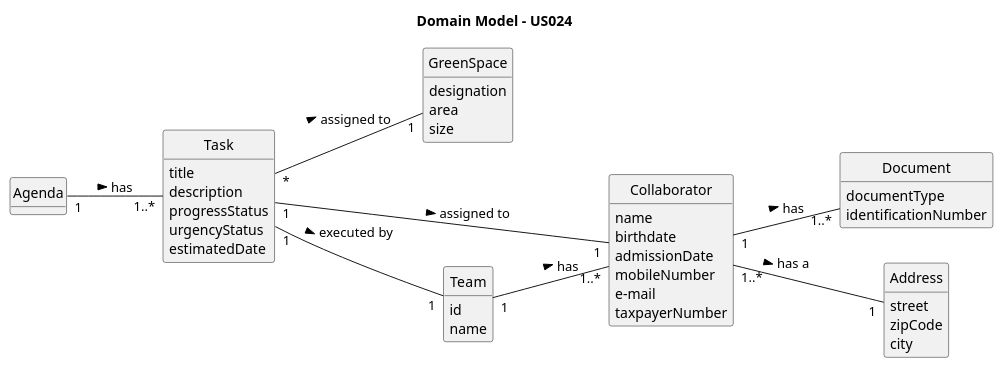
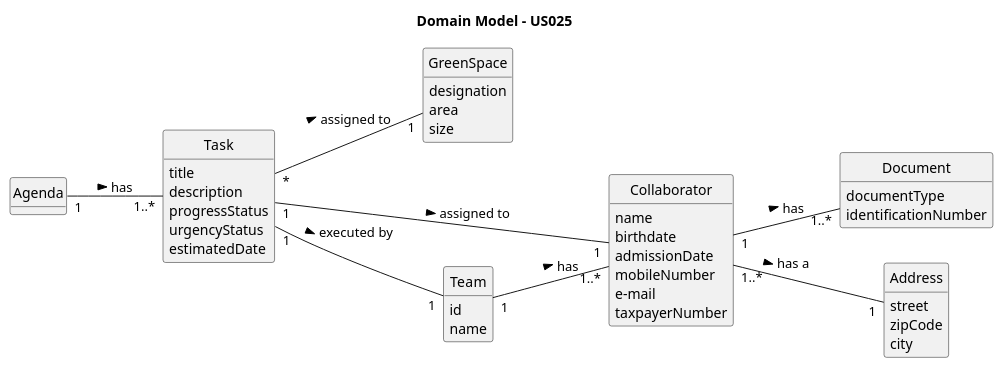
Before and after one commit to ricardomm7/leaflink: the diagram in docs/sprintC/us025/02.analysis/puml/us025-domain-model.puml, drawn with PlantUML. The commit also changed 4 other files, not shown here.

```diff
--- a/docs/sprintC/us025/02.analysis/puml/us025-domain-model.puml
+++ b/docs/sprintC/us025/02.analysis/puml/us025-domain-model.puml
@@ -1,71 +1,71 @@
 @startuml
 skinparam monochrome true
 skinparam packageStyle rectangle
 skinparam shadowing false
 
-title Domain Model - US024
+title Domain Model - US025
 
 left to right direction
 
 skinparam classAttributeIconSize 0
 hide circle
 hide methods
 
 class Agenda {
 
 }
 
 class Task {
     title
     description
     progressStatus
     urgencyStatus
     estimatedDate
 }
 
 class GreenSpace{
     designation
     area
     size
 }
 
 class Collaborator {
     name
     birthdate
     admissionDate
     mobileNumber
     e-mail
     taxpayerNumber
 }
 
 class Document{
     documentType
     identificationNumber
 }
 
 class Address{
     street
     zipCode
     city
 }
 
 class Team {
     id
     name
 }
 
 Collaborator "1..*" -- "1" Address : has a >
 
 Collaborator "1" -- "1..*" Document : has >
 
 Agenda "1" -- "1..*" Task : has >
 
 Task "1" -- "1" Collaborator : assigned to >
 
 Task "1" -- "1" Team : executed by >
 
 Task "*" -- "1" GreenSpace: assigned to >
 
 Team "1" -- "1..*" Collaborator : has >
 
 @enduml
```
